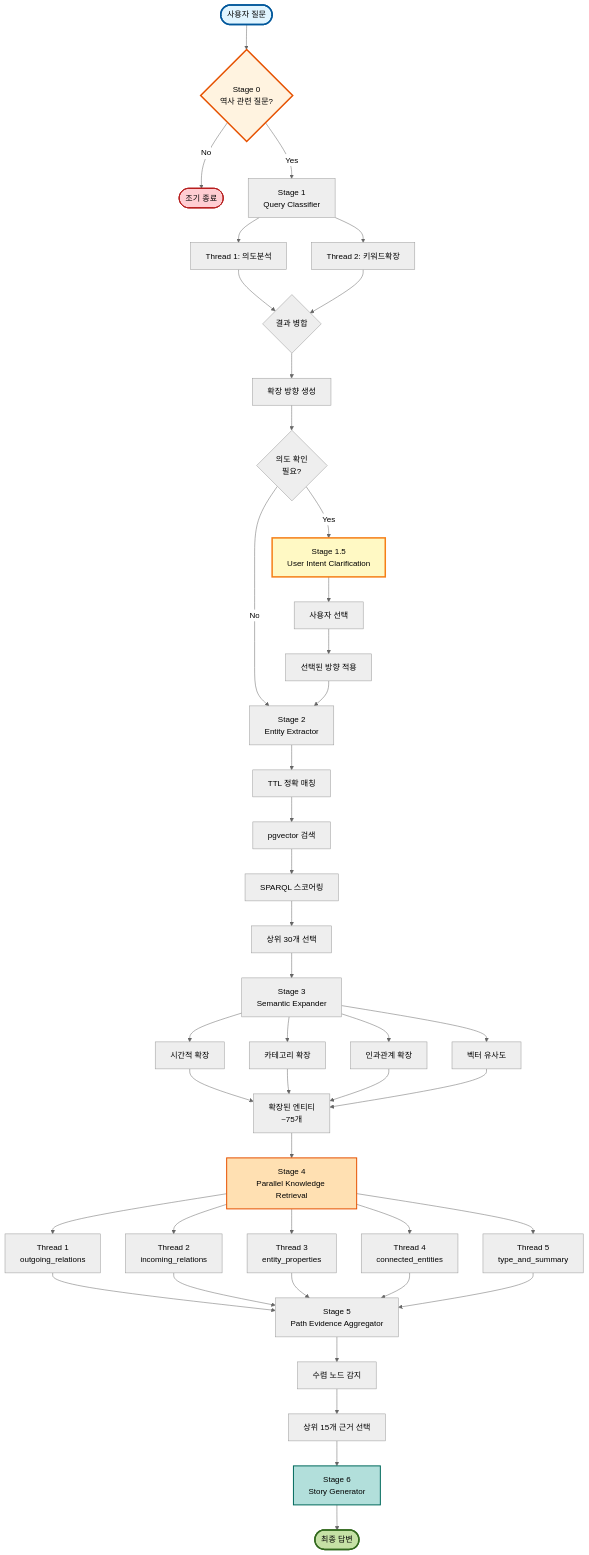
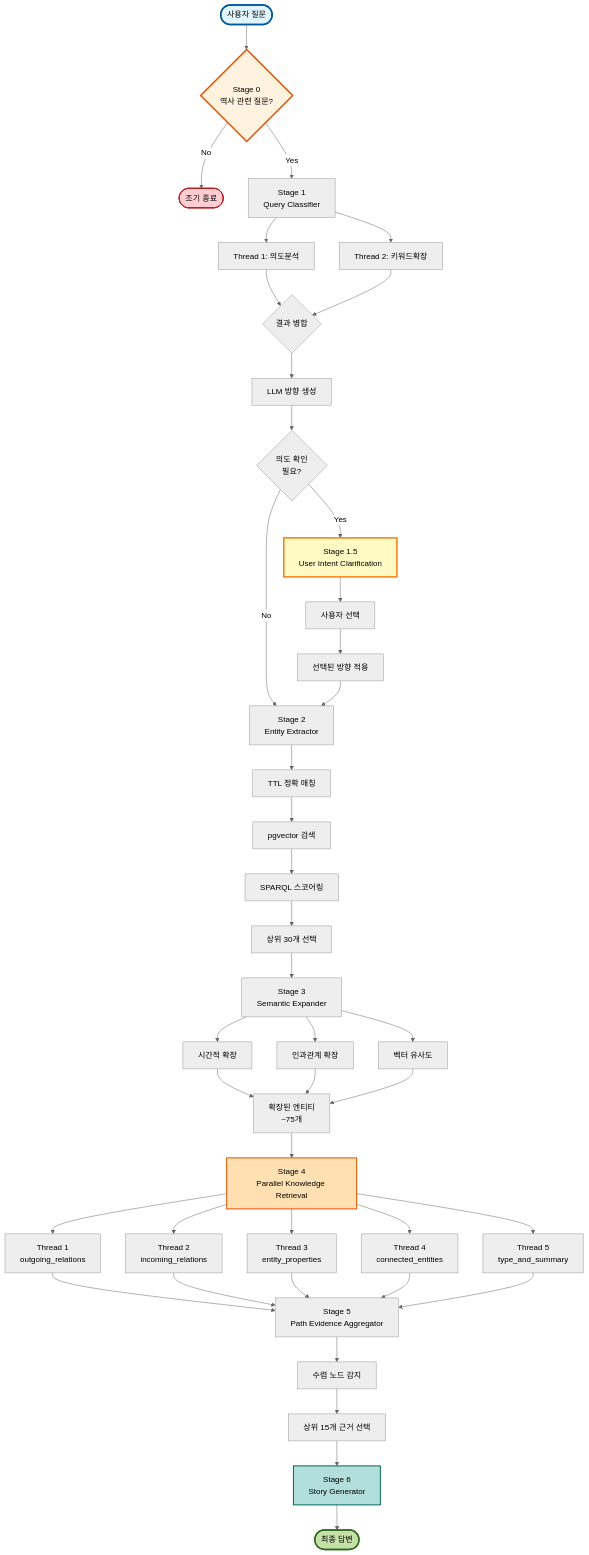
One commit to SKNETWORKS-FAMILY-AICAMP/SKN18-FINAL-3TEAM changed the second of 3 diagrams in backend/langgraph_fuseki/docs/README.md. Above: the diagram before and after it, drawn with Mermaid (neutral theme). The commit also changed other lines of this file and 16 other files, not shown here.

````diff
--- a/backend/langgraph_fuseki/docs/README.md
+++ b/backend/langgraph_fuseki/docs/README.md
@@ -122,69 +123,67 @@
 ```mermaid
 graph TD
     Start([사용자 질문]) --> HistCheck{Stage 0<br/>역사 관련 질문?}
 
     HistCheck -->|No| Exit([조기 종료])
     HistCheck -->|Yes| Classifier[Stage 1<br/>Query Classifier]
 
     Classifier --> Thread1[Thread 1: 의도분석]
     Classifier --> Thread2[Thread 2: 키워드확장]
 
     Thread1 --> Merge{결과 병합}
     Thread2 --> Merge
 
-    Merge --> DirectionGen[확장 방향 생성]
+    Merge --> DirectionGen[LLM 방향 생성]
     DirectionGen --> IntentCheck{의도 확인<br/>필요?}
 
     IntentCheck -->|Yes| Clarification[Stage 1.5<br/>User Intent Clarification]
     IntentCheck -->|No| Extractor
 
     Clarification --> UserSelect[사용자 선택]
     UserSelect --> DirectionApply[선택된 방향 적용]
     DirectionApply --> Extractor[Stage 2<br/>Entity Extractor]
 
     Extractor --> TTL[TTL 정확 매칭]
     TTL --> PGVector[pgvector 검색]
     PGVector --> Scoring[SPARQL 스코어링]
     Scoring --> Top30[상위 30개 선택]
 
     Top30 --> Expander[Stage 3<br/>Semantic Expander]
 
     Expander --> Temporal[시간적 확장]
-    Expander --> Category[카테고리 확장]
     Expander --> Causal[인과관계 확장]
     Expander --> Vector[벡터 유사도]
 
     Temporal --> Expanded[확장된 엔티티<br/>~75개]
-    Category --> Expanded
     Causal --> Expanded
     Vector --> Expanded
 
     Expanded --> Parallel[Stage 4<br/>Parallel Knowledge Retrieval]
 
     Parallel --> T1[Thread 1<br/>outgoing_relations]
     Parallel --> T2[Thread 2<br/>incoming_relations]
     Parallel --> T3[Thread 3<br/>entity_properties]
     Parallel --> T4[Thread 4<br/>connected_entities]
     Parallel --> T5[Thread 5<br/>type_and_summary]
 
     T1 --> PathAgg[Stage 5<br/>Path Evidence Aggregator]
     T2 --> PathAgg
     T3 --> PathAgg
     T4 --> PathAgg
     T5 --> PathAgg
 
     PathAgg --> Convergence[수렴 노드 감지]
     Convergence --> Top15[상위 15개 근거 선택]
 
     Top15 --> Generator[Stage 6<br/>Story Generator]
 
     Generator --> Answer([최종 답변])
 
     style Start fill:#e1f5ff,stroke:#01579b,stroke-width:3px
     style HistCheck fill:#fff3e0,stroke:#e65100,stroke-width:3px
     style Clarification fill:#fff9c4,stroke:#f57f17,stroke-width:3px
     style Parallel fill:#ffe0b2,stroke:#e65100,stroke-width:2px
     style Generator fill:#b2dfdb,stroke:#00695c,stroke-width:2px
     style Answer fill:#c5e1a5,stroke:#33691e,stroke-width:3px
     style Exit fill:#ffcdd2,stroke:#b71c1c,stroke-width:2px
 ```
````
